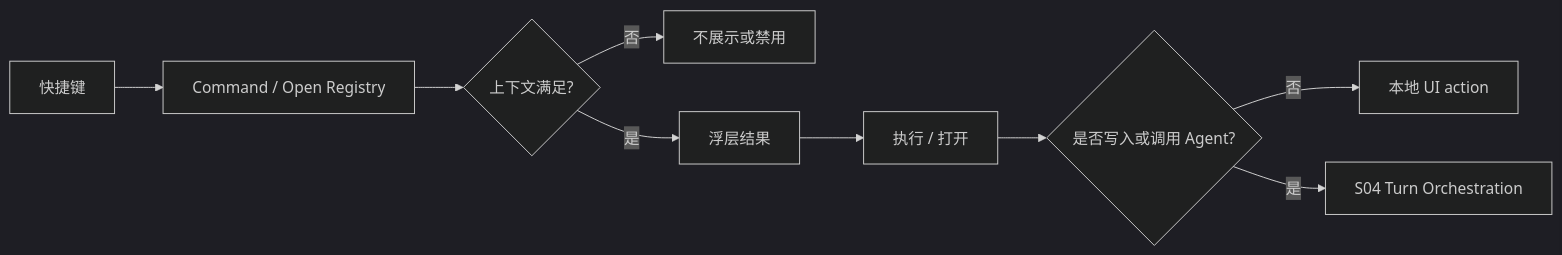
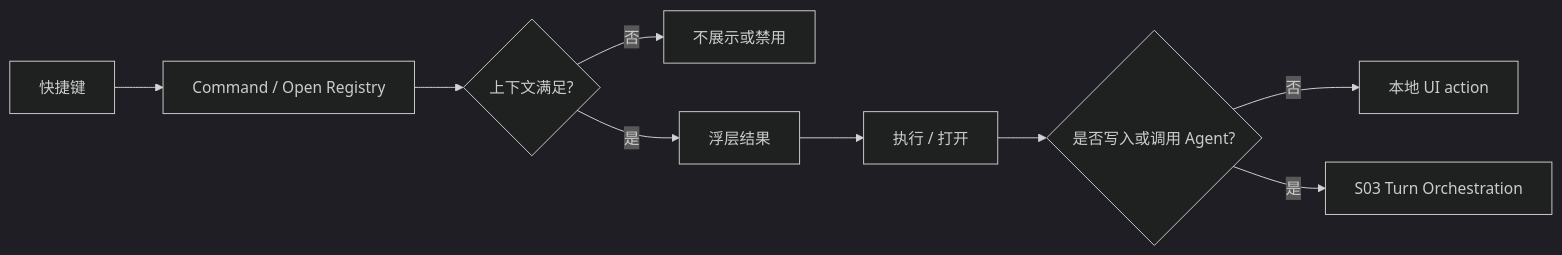
One commit to jinhuang712/open-novel changed the diagram in spec/M02-command-palette-and-quick-open.md. Above: the diagram before and after it, drawn with Mermaid (dark theme). The commit also changed other lines of this file and 79 other files, not shown here.

````diff
--- a/spec/M02-command-palette-and-quick-open.md
+++ b/spec/M02-command-palette-and-quick-open.md
@@ -16,11 +16,11 @@
 ```mermaid
 flowchart LR
   Key[快捷键] --> Registry[Command / Open Registry]
   Registry --> Context{上下文满足?}
   Context -->|否| Hidden[不展示或禁用]
   Context -->|是| Palette[浮层结果]
   Palette --> Execute[执行 / 打开]
   Execute --> Turn{是否写入或调用 Agent?}
   Turn -->|否| UI[本地 UI action]
-  Turn -->|是| Orchestration[S04 Turn Orchestration]
+  Turn -->|是| Orchestration[S03 Turn Orchestration]
 ```
````
